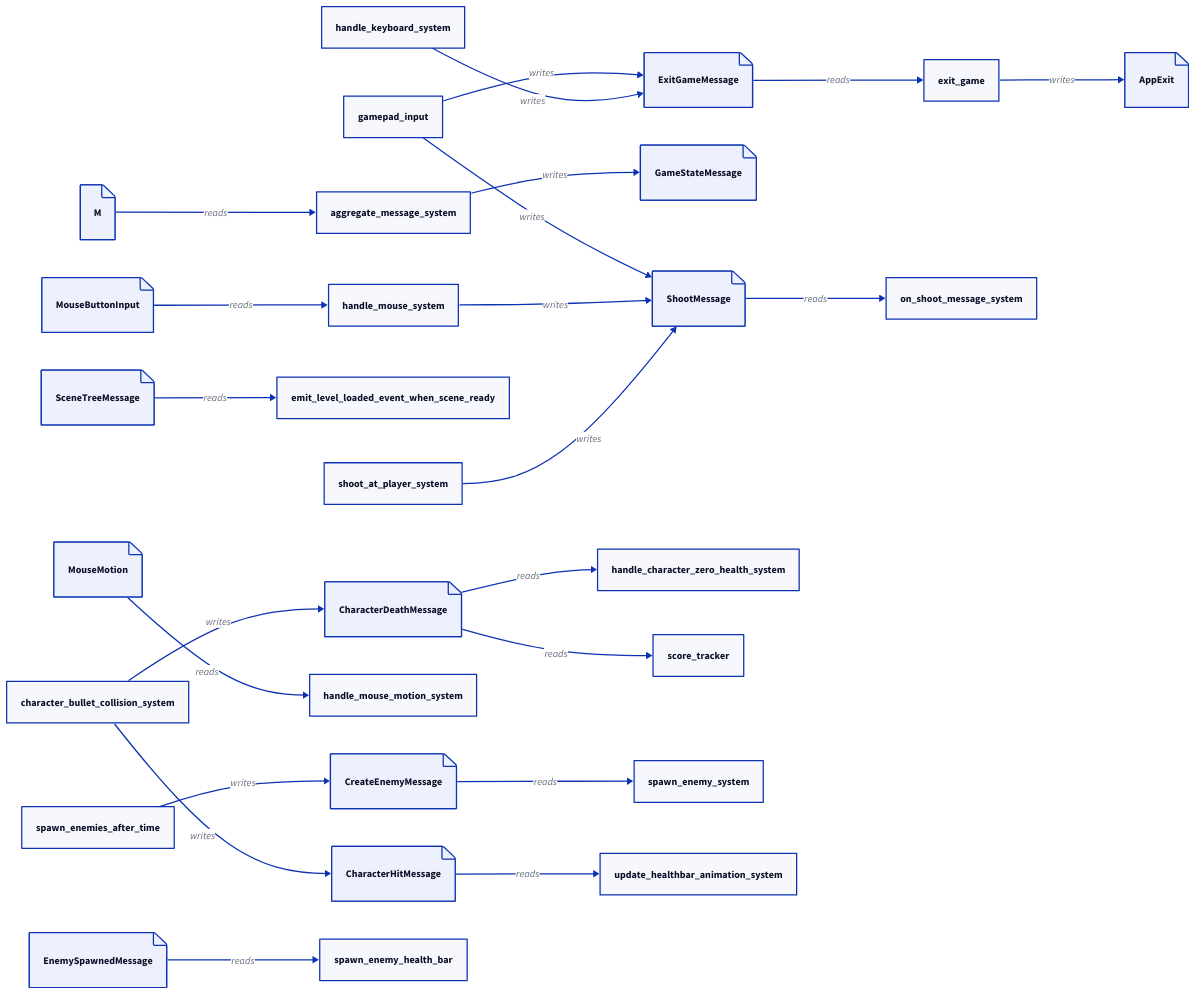
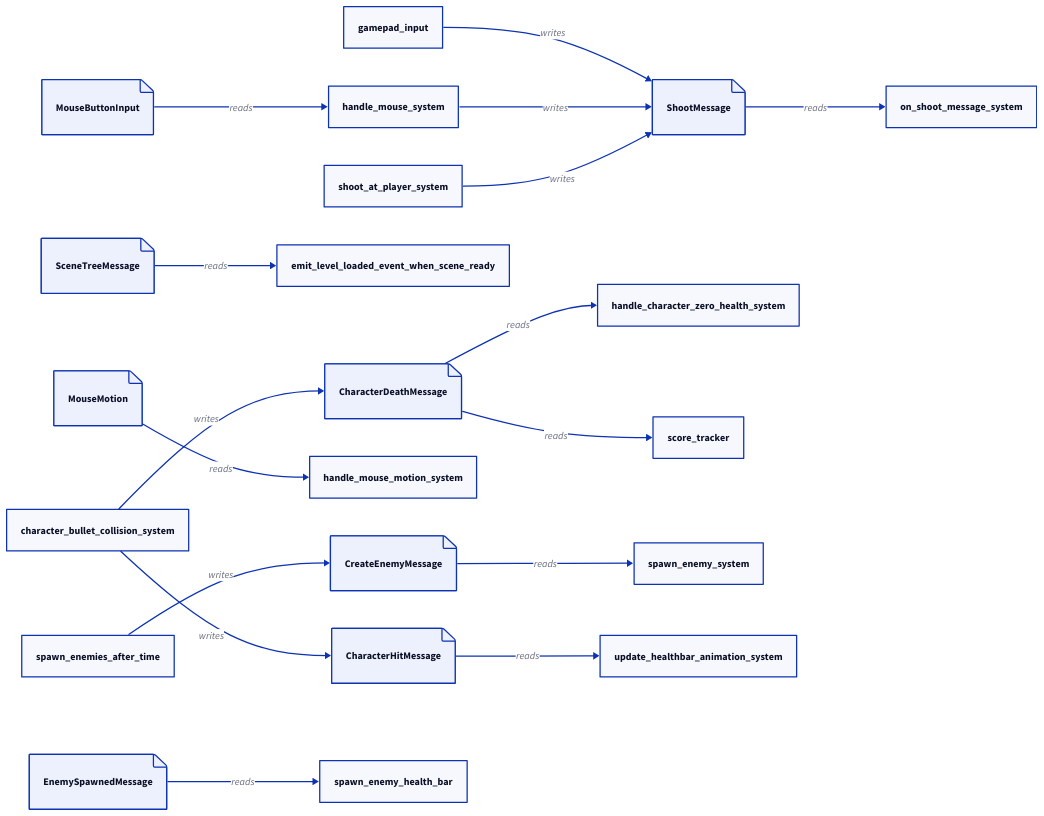
The diagram in docs/messages.d2 (edizeqiri/BulletsOnWheels), drawn with D2 before and after one commit. The commit also changed 3 other files, not shown here.

Commit message:
chore: regenerate architecture diagrams

```diff
--- a/docs/messages.d2
+++ b/docs/messages.d2
@@ -1,53 +1,40 @@
 direction: right
 
-"AppExit": { shape: page }
 "CharacterDeathMessage": { shape: page }
 "CharacterHitMessage": { shape: page }
 "CreateEnemyMessage": { shape: page }
 "EnemySpawnedMessage": { shape: page }
-"ExitGameMessage": { shape: page }
-"GameStateMessage": { shape: page }
-"M": { shape: page }
 "MouseButtonInput": { shape: page }
 "MouseMotion": { shape: page }
 "SceneTreeMessage": { shape: page }
 "ShootMessage": { shape: page }
 
-"aggregate_message_system": { shape: rectangle }
 "character_bullet_collision_system": { shape: rectangle }
 "emit_level_loaded_event_when_scene_ready": { shape: rectangle }
-"exit_game": { shape: rectangle }
 "gamepad_input": { shape: rectangle }
 "handle_character_zero_health_system": { shape: rectangle }
-"handle_keyboard_system": { shape: rectangle }
 "handle_mouse_motion_system": { shape: rectangle }
 "handle_mouse_system": { shape: rectangle }
 "on_shoot_message_system": { shape: rectangle }
 "score_tracker": { shape: rectangle }
 "shoot_at_player_system": { shape: rectangle }
 "spawn_enemies_after_time": { shape: rectangle }
 "spawn_enemy_health_bar": { shape: rectangle }
 "spawn_enemy_system": { shape: rectangle }
 "update_healthbar_animation_system": { shape: rectangle }
 
-"M" -> "aggregate_message_system": reads
-"aggregate_message_system" -> "GameStateMessage": writes
 "character_bullet_collision_system" -> "CharacterDeathMessage": writes
 "character_bullet_collision_system" -> "CharacterHitMessage": writes
 "SceneTreeMessage" -> "emit_level_loaded_event_when_scene_ready": reads
-"ExitGameMessage" -> "exit_game": reads
-"exit_game" -> "AppExit": writes
-"gamepad_input" -> "ExitGameMessage": writes
 "gamepad_input" -> "ShootMessage": writes
 "CharacterDeathMessage" -> "handle_character_zero_health_system": reads
-"handle_keyboard_system" -> "ExitGameMessage": writes
 "MouseMotion" -> "handle_mouse_motion_system": reads
 "MouseButtonInput" -> "handle_mouse_system": reads
 "handle_mouse_system" -> "ShootMessage": writes
 "ShootMessage" -> "on_shoot_message_system": reads
 "CharacterDeathMessage" -> "score_tracker": reads
 "shoot_at_player_system" -> "ShootMessage": writes
 "spawn_enemies_after_time" -> "CreateEnemyMessage": writes
 "EnemySpawnedMessage" -> "spawn_enemy_health_bar": reads
 "CreateEnemyMessage" -> "spawn_enemy_system": reads
 "CharacterHitMessage" -> "update_healthbar_animation_system": reads
```
